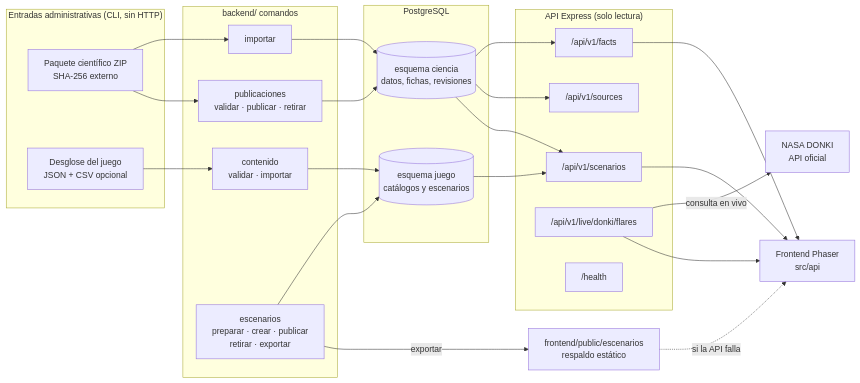
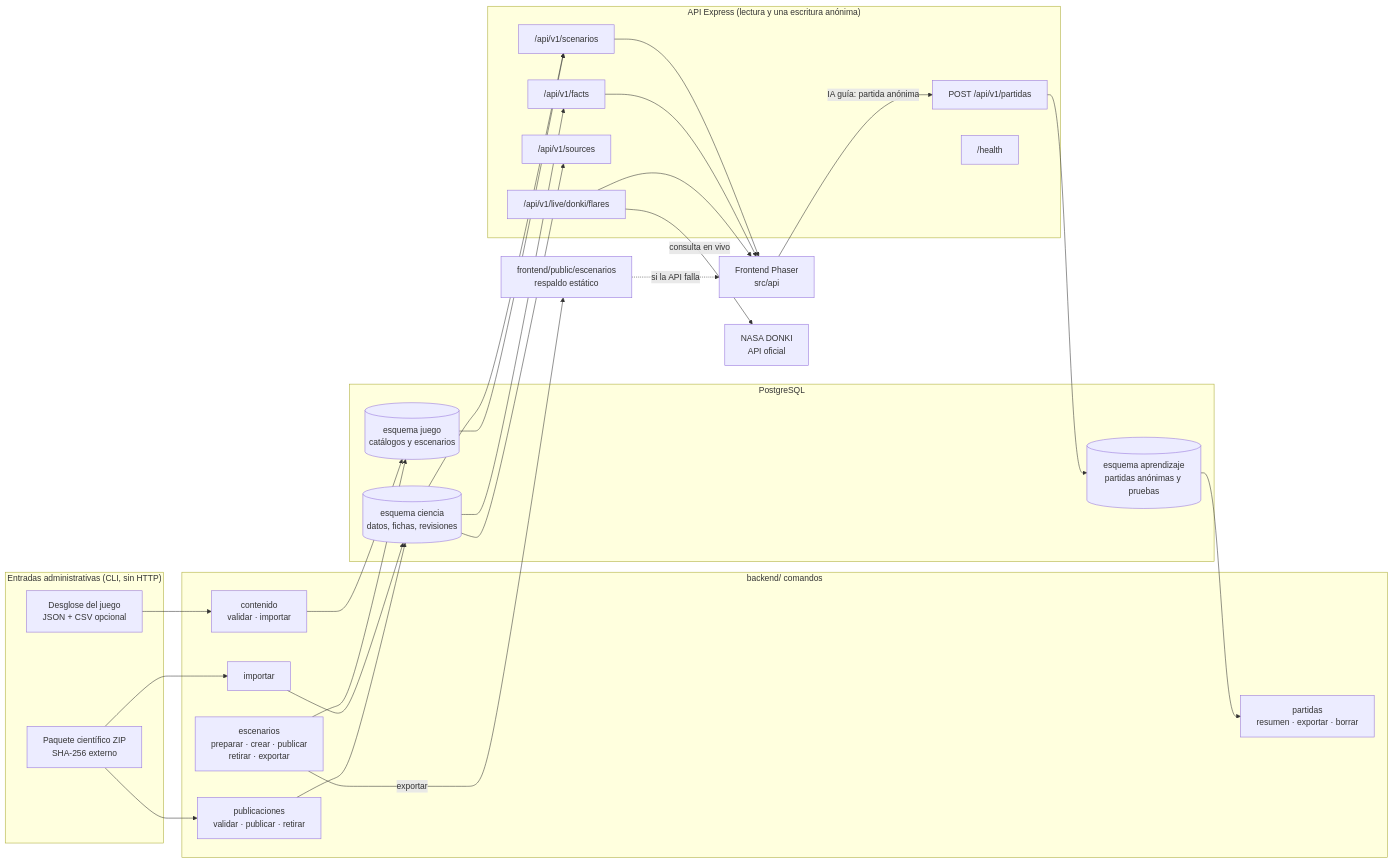
One commit to as9689138/juniorAstronautMissionTrainer_JIIMATZIN changed the diagram in docs/diagramas/flujo-01-panorama.mmd. Above: the diagram before and after it, drawn with Mermaid. The commit also changed 29 other files, not shown here.

Commit message:
docs(arquitectura): documenta partidas e IA guía y traduce al inglés

```diff
--- a/docs/diagramas/flujo-01-panorama.mmd
+++ b/docs/diagramas/flujo-01-panorama.mmd
@@ -1,46 +1,53 @@
 flowchart LR
     subgraph Entradas["Entradas administrativas (CLI, sin HTTP)"]
         ZIP["Paquete científico ZIP<br/>SHA-256 externo"]
         DES["Desglose del juego<br/>JSON + CSV opcional"]
     end
 
     subgraph CLI["backend/ comandos"]
         IMP["importar"]
         PUB["publicaciones<br/>validar · publicar · retirar"]
         CON["contenido<br/>validar · importar"]
         ESC["escenarios<br/>preparar · crear · publicar<br/>retirar · exportar"]
+        PAR["partidas<br/>resumen · exportar · borrar"]
     end
 
     subgraph DB["PostgreSQL"]
         CIE[("esquema ciencia<br/>datos, fichas, revisiones")]
         JUE[("esquema juego<br/>catálogos y escenarios")]
+        APR[("esquema aprendizaje<br/>partidas anónimas y pruebas")]
     end
 
-    subgraph API["API Express (solo lectura)"]
+    subgraph API["API Express (lectura y una escritura anónima)"]
         RS["/api/v1/scenarios"]
         RF["/api/v1/facts"]
         RU["/api/v1/sources"]
         RD["/api/v1/live/donki/flares"]
+        RP["POST /api/v1/partidas"]
         RH["/health"]
     end
 
     NASA["NASA DONKI<br/>API oficial"]
     FRONT["Frontend Phaser<br/>src/api"]
     RESP["frontend/public/escenarios<br/>respaldo estático"]
 
     ZIP --> IMP --> CIE
     ZIP --> PUB --> CIE
     DES --> CON --> JUE
     ESC --> JUE
     ESC -- exportar --> RESP
 
     CIE --> RF
     CIE --> RU
     CIE --> RS
     JUE --> RS
     RD -- consulta en vivo --> NASA
 
     RS --> FRONT
     RF --> FRONT
     RD --> FRONT
     RESP -. si la API falla .-> FRONT
+
+    FRONT -- "IA guía: partida anónima" --> RP
+    RP --> APR
+    APR --> PAR
```
